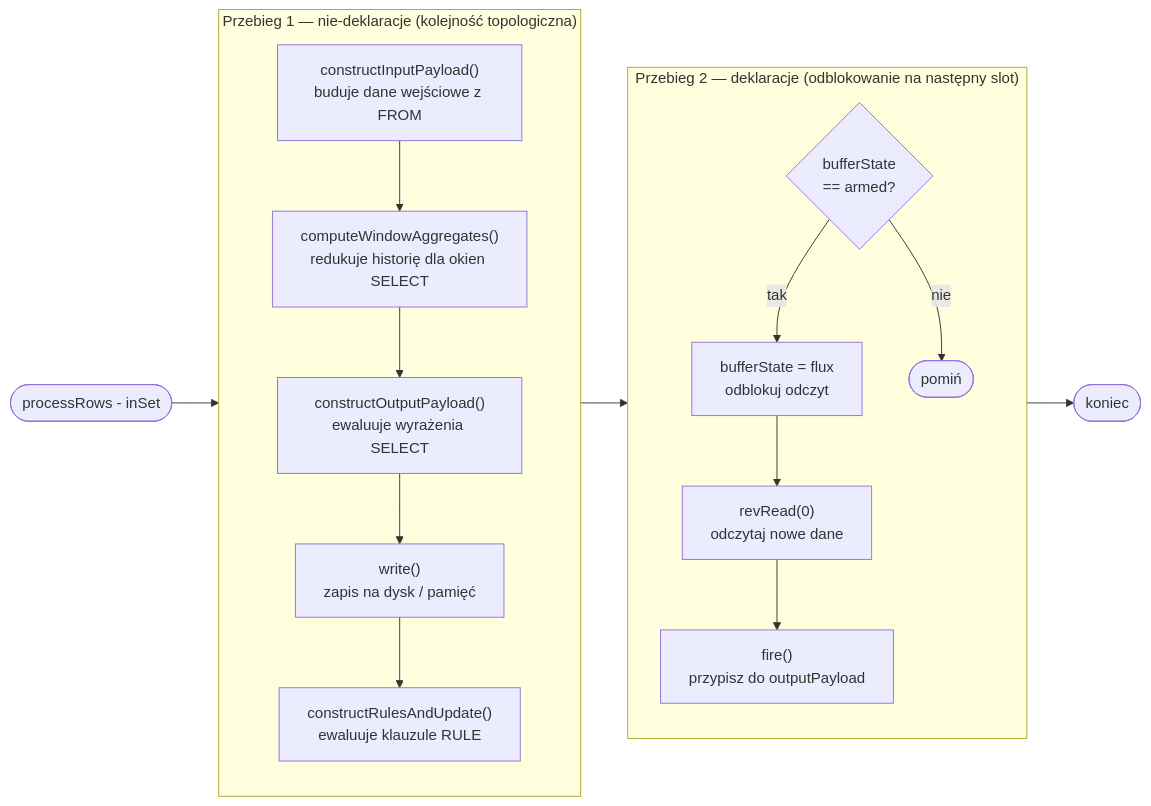
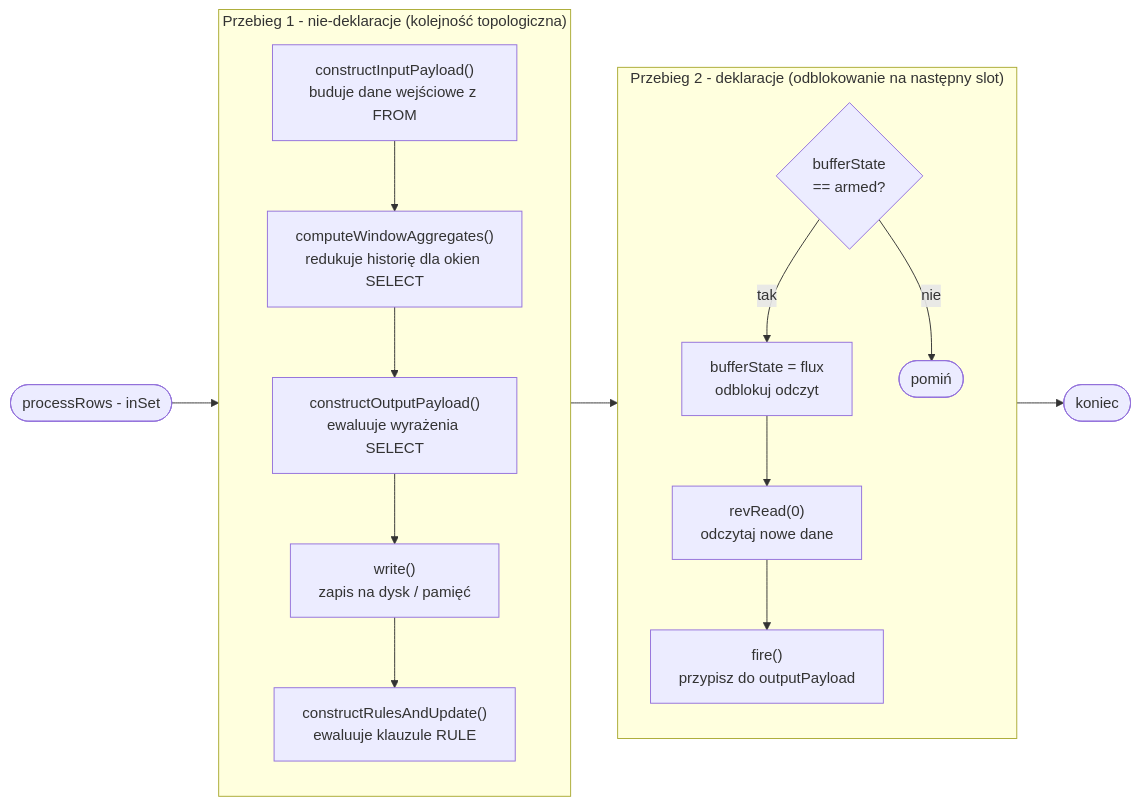
Before and after one commit to michalwidera/dokumentacja-rdb: the fourth of 6 diagrams in realizacja-zapytan/algorytm-przegladu-drzewa-zapytan.md, drawn with Mermaid. The commit also changed other lines of this file and 61 other files, not shown here.

````diff
--- a/realizacja-zapytan/algorytm-przegladu-drzewa-zapytan.md
+++ b/realizacja-zapytan/algorytm-przegladu-drzewa-zapytan.md
@@ -121,27 +121,27 @@
 ```mermaid
 %%{init: {"markdownAutoWrap": false}}%%
 flowchart LR
     S([processRows - inSet]) --> P1
 
-    subgraph P1["Przebieg 1 — nie-deklaracje (kolejność topologiczna)"]
+    subgraph P1["Przebieg 1 - nie-deklaracje (kolejność topologiczna)"]
         direction TB
         X1["constructInputPayload()<br/>buduje dane wejściowe z FROM"] --> XW
         XW["computeWindowAggregates()<br/>redukuje historię dla okien SELECT"] --> X2
         X2["constructOutputPayload()<br/>ewaluuje wyrażenia SELECT"] --> X3
         X3["write()<br/>zapis na dysk / pamięć"] --> X4
         X4["constructRulesAndUpdate()<br/>ewaluuje klauzule RULE"]
     end
 
     P1 --> P2
 
-    subgraph P2["Przebieg 2 — deklaracje (odblokowanie na następny slot)"]
+    subgraph P2["Przebieg 2 - deklaracje (odblokowanie na następny slot)"]
         direction TB
         Y1{"bufferState<br/>== armed?"} -->|tak| Y2
         Y2["bufferState = flux<br/>odblokuj odczyt"] --> Y3
         Y3["revRead(0)<br/>odczytaj nowe dane"] --> Y4
         Y4["fire()<br/>przypisz do outputPayload"]
         Y1 -->|nie| Y5([pomiń])
     end
 
     P2 --> E([koniec])
 ```
````
